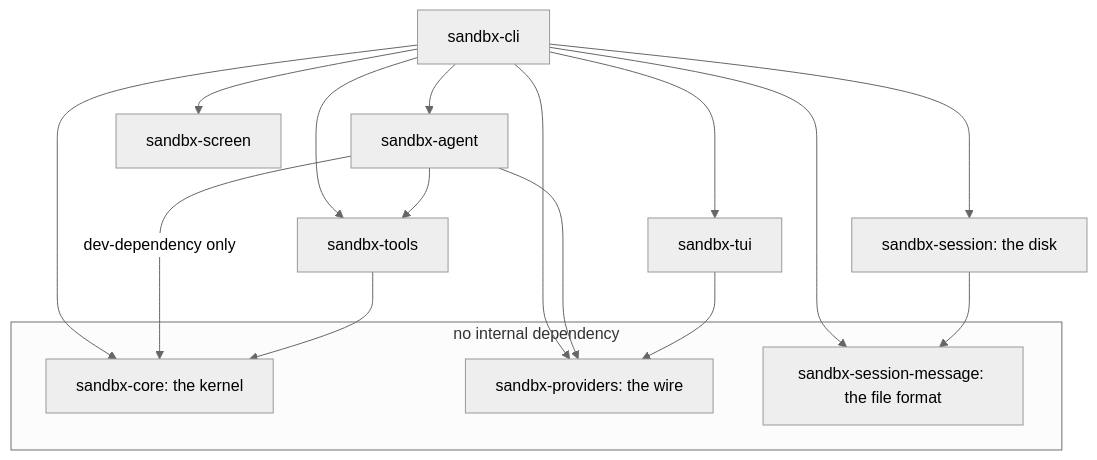
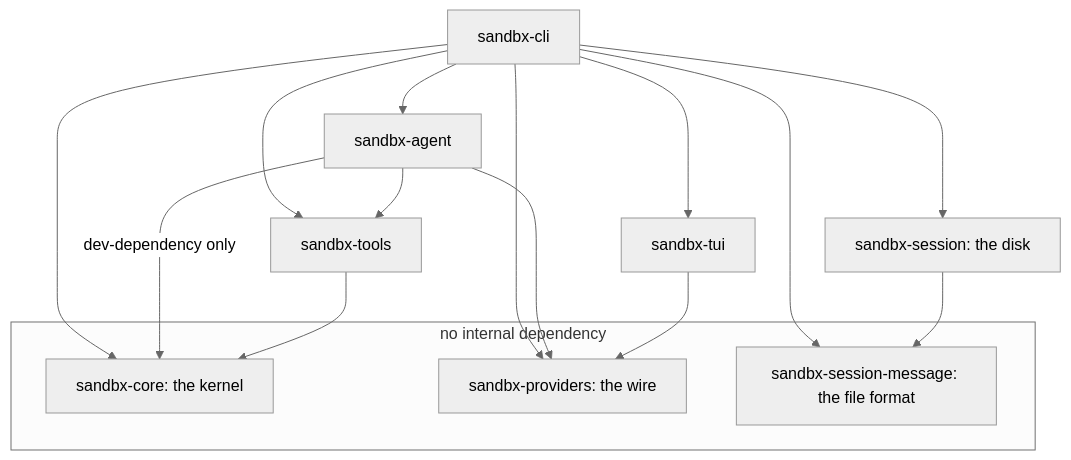
Before and after one commit to danczw/sandbx: the diagram in context/onboarding/05-seven-crates.md, drawn with Mermaid (neutral theme). The commit also changed other lines of this file and 5 other files, not shown here.

````diff
--- a/context/onboarding/05-seven-crates.md
+++ b/context/onboarding/05-seven-crates.md
@@ -25,22 +25,21 @@
 ```mermaid
 flowchart TD
     subgraph leaves["no internal dependency"]
         core["sandbx-core: the kernel"]
         providers["sandbx-providers: the wire"]
         message["sandbx-session-message: the file format"]
     end
     cli["sandbx-cli"] --> agent["sandbx-agent"]
-    cli --> screen["sandbx-screen"]
     cli --> tui["sandbx-tui"]
     cli --> session["sandbx-session: the disk"]
     cli --> message
     session --> message
     cli --> providers
     cli --> tools["sandbx-tools"]
     cli --> core
     agent --> providers
     agent --> tools
     agent -->|"dev-dependency only"| core
     tui --> providers
     tools --> core
 ```
````
